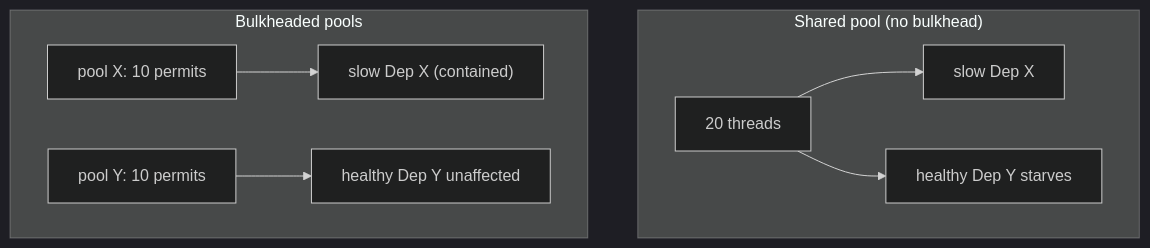
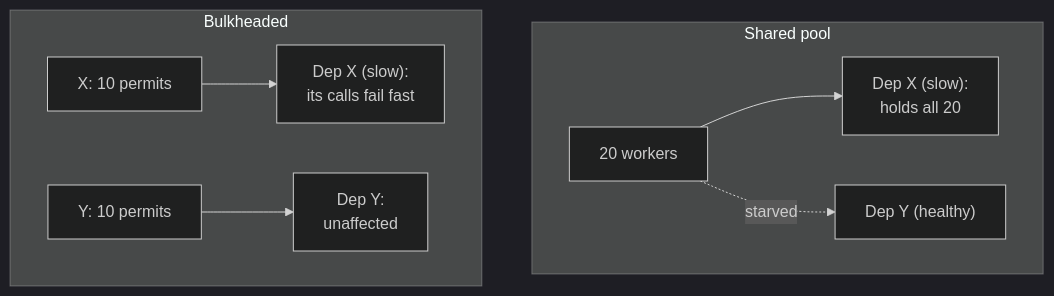
The fourth of 9 diagrams in github-pages/docs/distributed-systems/resilience-patterns.md (AndrewAltimit/Documentation), drawn with Mermaid (dark theme) before and after one commit. The commit also changed other lines of this file and 240 other files, not shown here.

````diff
--- a/github-pages/docs/distributed-systems/resilience-patterns.md
+++ b/github-pages/docs/distributed-systems/resilience-patterns.md
@@ -186,11 +240,11 @@
 ```mermaid
 flowchart TD
-    subgraph Shared["Shared pool (no bulkhead)"]
-        T["20 threads"] --> X1["slow Dep X"]
-        T --> Y1["healthy Dep Y starves"]
+    subgraph Shared["Shared pool"]
+        T["20 workers"] --> X1["Dep X (slow):<br/>holds all 20"]
+        T -.->|starved| Y1["Dep Y (healthy)"]
     end
-    subgraph Isolated["Bulkheaded pools"]
-        PX["pool X: 10 permits"] --> X2["slow Dep X (contained)"]
-        PY["pool Y: 10 permits"] --> Y2["healthy Dep Y unaffected"]
+    subgraph Isolated["Bulkheaded"]
+        PX["X: 10 permits"] --> X2["Dep X (slow):<br/>its calls fail fast"]
+        PY["Y: 10 permits"] --> Y2["Dep Y:<br/>unaffected"]
     end
 ```
````
